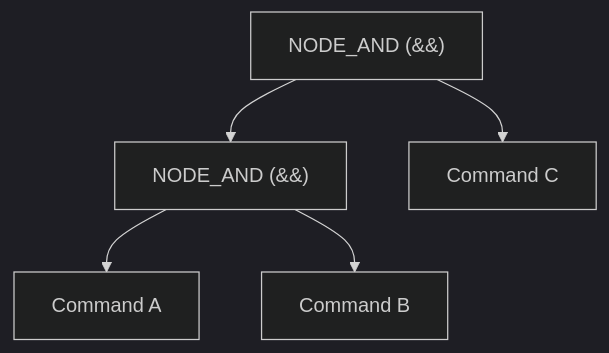
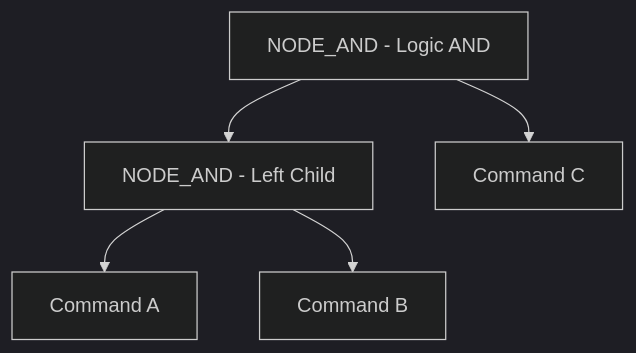
One commit to 42GS/minishell-wiki changed the third of 3 diagrams in wiki/concepts/deep_dive_lexer_parser_ast.md. Above: the diagram before and after it, drawn with Mermaid (dark theme). The commit also changed other lines of this file and 10 other files, not shown here.

Commit message:
[#1] fix(docs): resolve all mermaid syntax errors and broken render issues across wiki

````diff
--- a/wiki/concepts/deep_dive_lexer_parser_ast.md
+++ b/wiki/concepts/deep_dive_lexer_parser_ast.md
@@ -141,13 +141,13 @@
 ```mermaid
 graph TD
-    Root["NODE_AND (&&)"]
-    L1["NODE_AND (&&)"]
+    Root["NODE_AND - Logic AND"]
+    L1["NODE_AND - Left Child"]
     C["Command C"]
     A["Command A"]
     B["Command B"]
 
     Root --> L1
     Root --> C
     L1 --> A
     L1 --> B
 ```
````
